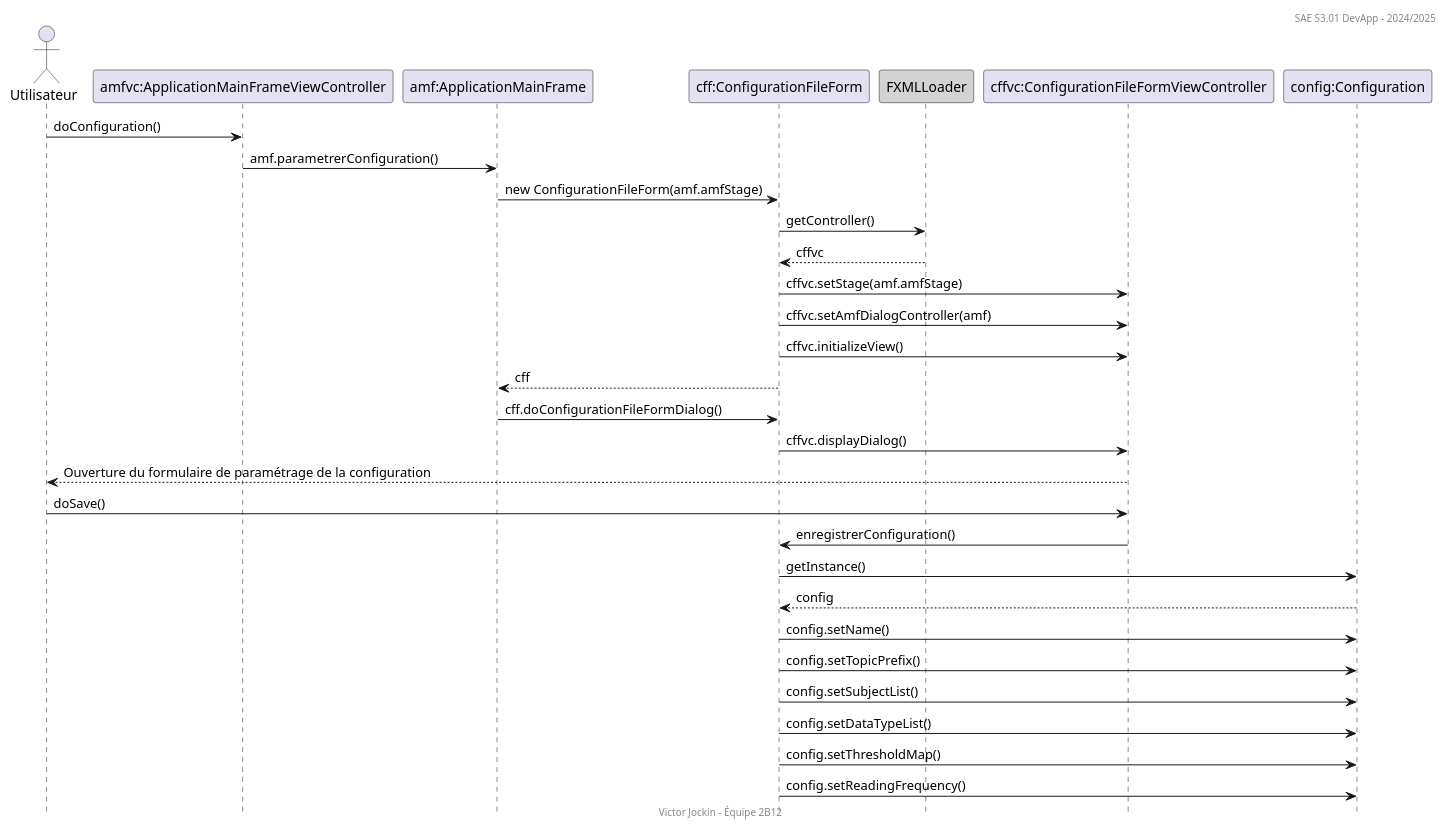
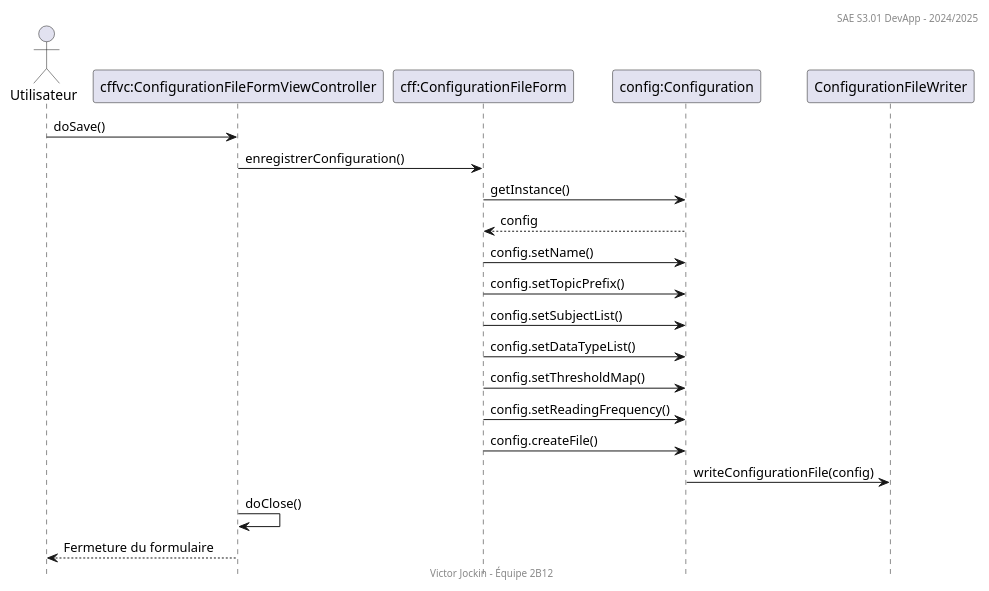
The diagram in solution iot/docs/res/diagrammes/ds322-2.plantuml (IUT-Blagnac/sae-3-01-devapp-2024-2025-g2b12), drawn with PlantUML before and after one commit. The commit also changed 2 other files, not shown here.

```diff
--- a/solution iot/docs/res/diagrammes/ds322-2.plantuml
+++ b/solution iot/docs/res/diagrammes/ds322-2.plantuml
@@ -1,34 +1,24 @@
 @startuml
 header SAE S3.01 DevApp - 2024/2025
 actor Utilisateur as u
-participant "amfvc:ApplicationMainFrameViewController" as amfvc
-participant "amf:ApplicationMainFrame" as amf
+participant "cffvc:ConfigurationFileFormViewController" as cffvc
 participant "cff:ConfigurationFileForm" as cff
-participant FXMLLoader as fl #lightgrey
-participant "cffvc:ConfigurationFileFormViewController" as cffvc
 participant "config:Configuration" as config
-u -> amfvc : doConfiguration()
-amfvc -> amf : amf.parametrerConfiguration()
-amf -> cff : new ConfigurationFileForm(amf.amfStage)
-cff -> fl : getController()
-cff <-- fl : cffvc
-cff -> cffvc : cffvc.setStage(amf.amfStage)
-cff -> cffvc : cffvc.setAmfDialogController(amf)
-cff -> cffvc : cffvc.initializeView()
-amf <-- cff : cff
-amf -> cff : cff.doConfigurationFileFormDialog()
-cff -> cffvc : cffvc.displayDialog()
-u <-- cffvc : Ouverture du formulaire de paramétrage de la configuration
+participant "ConfigurationFileWriter" as cfw
 u -> cffvc : doSave()
 cff <- cffvc : enregistrerConfiguration()
 cff -> config : getInstance()
 cff <-- config : config
 cff -> config : config.setName()
 cff -> config : config.setTopicPrefix()
 cff -> config : config.setSubjectList()
 cff -> config : config.setDataTypeList()
 cff -> config : config.setThresholdMap()
 cff -> config : config.setReadingFrequency()
+cff -> config : config.createFile()
+config -> cfw : writeConfigurationFile(config)
+cffvc -> cffvc : doClose()
+u <-- cffvc : Fermeture du formulaire
 hide footbox
 footer Victor Jockin - Équipe 2B12
 @enduml
```
